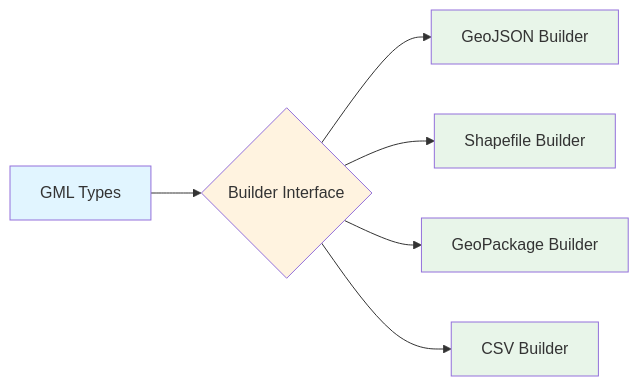
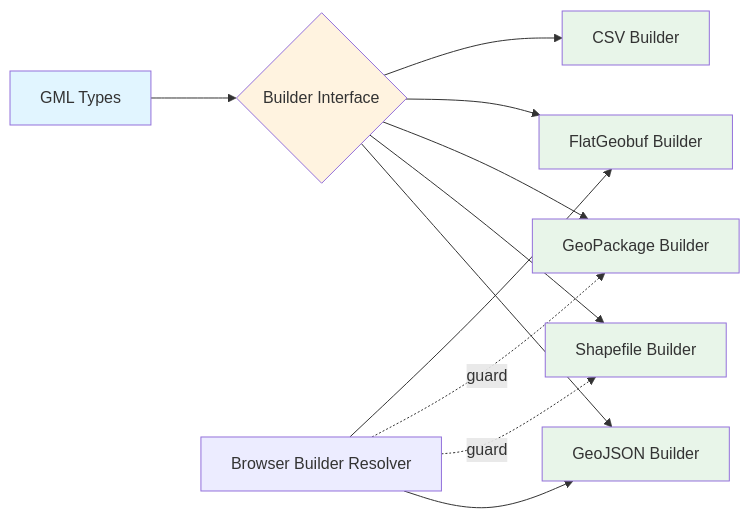
One commit to pt9912/s-gml changed the fourth of 6 diagrams in docs/architecture/system-overview.md. Above: the diagram before and after it, drawn with Mermaid. The commit also changed other lines of this file and 10 other files, not shown here.

Commit message:
fix(browser): add browser-safe package entry

````diff
--- a/docs/architecture/system-overview.md
+++ b/docs/architecture/system-overview.md
@@ -272,15 +321,21 @@
 ```mermaid
 graph LR
     GML[GML Types] --> Builder{Builder Interface}
     Builder --> GeoJson[GeoJSON Builder]
     Builder --> Shapefile[Shapefile Builder]
     Builder --> GeoPackage[GeoPackage Builder]
+    Builder --> FlatGeobuf[FlatGeobuf Builder]
     Builder --> CSV[CSV Builder]
+    BrowserGuard[Browser Builder Resolver] --> GeoJson
+    BrowserGuard -. guard .-> Shapefile
+    BrowserGuard -. guard .-> GeoPackage
+    BrowserGuard --> FlatGeobuf
 
     style GML fill:#e1f5ff
     style Builder fill:#fff3e0
     style GeoJson fill:#e8f5e9
     style Shapefile fill:#e8f5e9
     style GeoPackage fill:#e8f5e9
+    style FlatGeobuf fill:#e8f5e9
     style CSV fill:#e8f5e9
 ```
````
